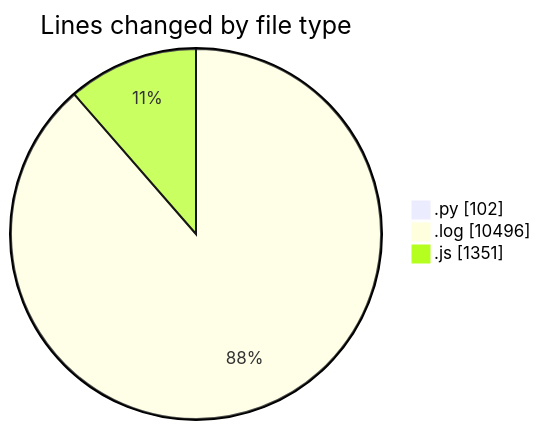
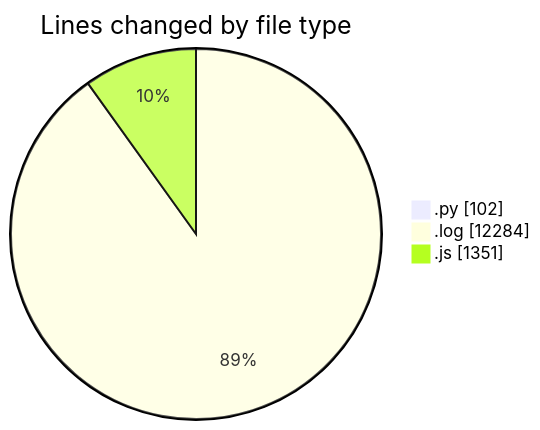
The first of 2 diagrams in 2025-04-19/nxtqube_webapp/README.md (nxtqubesakshisongat/code-tracking), drawn with Mermaid before and after one commit. The commit also changed other lines of this file and 1 other file, not shown here.

````diff
--- a/2025-04-19/nxtqube_webapp/README.md
+++ b/2025-04-19/nxtqube_webapp/README.md
@@ -28,7 +29,7 @@
 ```mermaid
 pie showData
 title Lines changed by file type
 ".py" : 102
-".log" : 10496
+".log" : 12284
 ".js" : 1351
 ```
````
